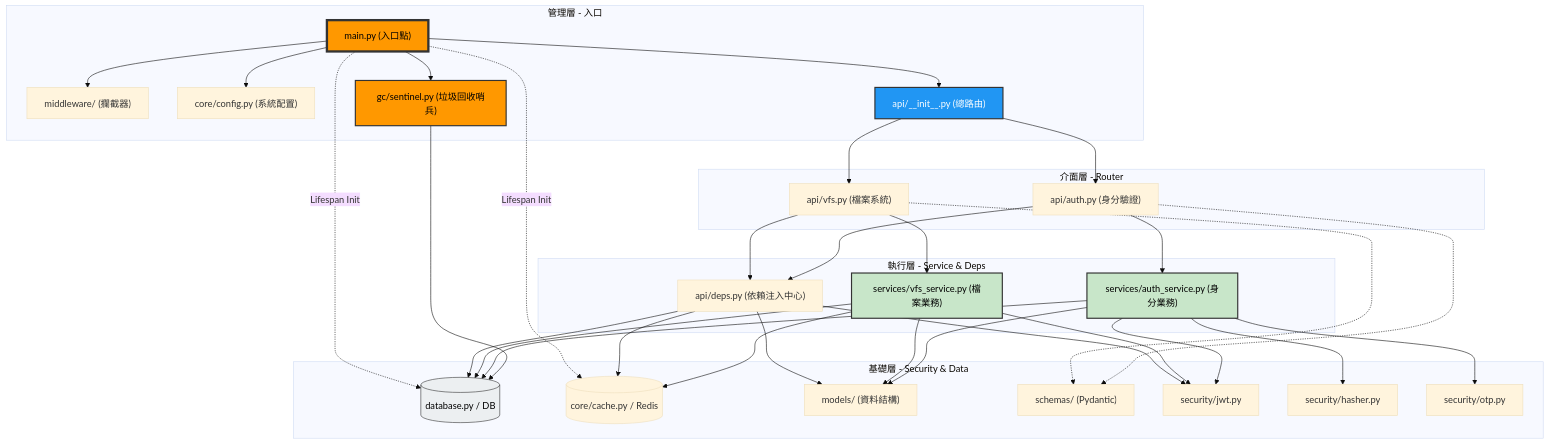
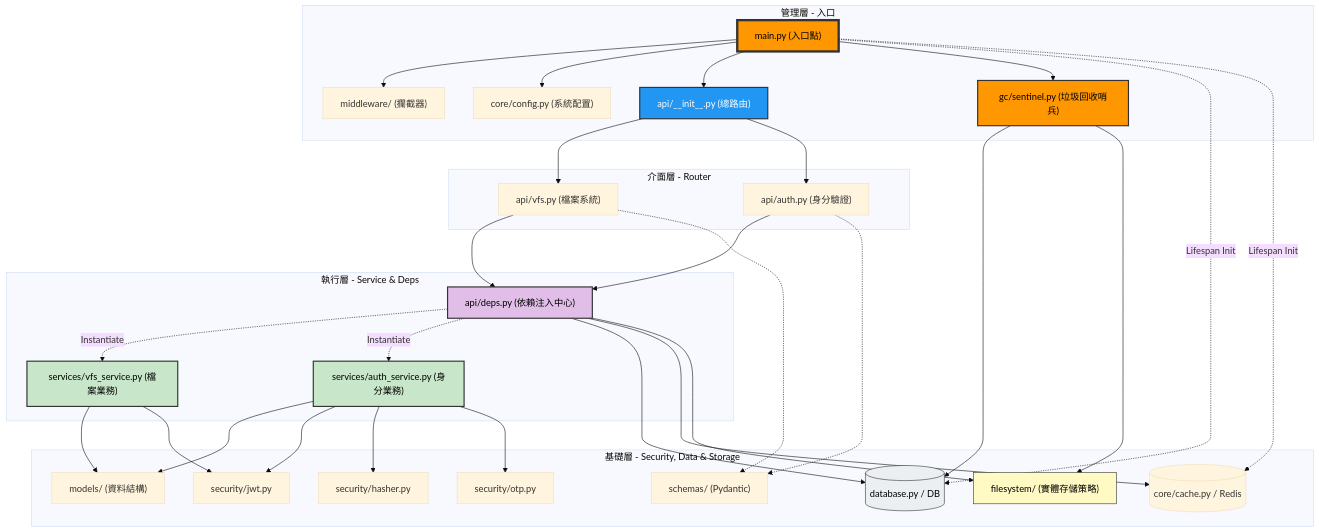
The diagram in dev/architecture/system_structure.md (Salt-Shio/FileBrowser), drawn with Mermaid (base theme) before and after one commit. The commit also changed 9 other files, not shown here.

````diff
--- a/dev/architecture/system_structure.md
+++ b/dev/architecture/system_structure.md
@@ -5,80 +5,80 @@
 ```mermaid
 graph TD
     subgraph Layer_1 [管理層 - 入口]
         MAIN["main.py (入口點)"]
         MIDDLEWARE["middleware/ (攔截器)"]
         CORE["core/config.py (系統配置)"]
         API_INIT["api/__init__.py (總路由)"]
         GC_SENTINEL["gc/sentinel.py (垃圾回收哨兵)"]
     end
 
     subgraph Layer_2 [介面層 - Router]
         VFS_API["api/vfs.py (檔案系統)"]
         AUTH_API["api/auth.py (身分驗證)"]
     end
 
     subgraph Layer_3 [執行層 - Service & Deps]
         DEPS["api/deps.py (依賴注入中心)"]
         VFS_SVC["services/vfs_service.py (檔案業務)"]
         AUTH_SVC["services/auth_service.py (身分業務)"]
     end
 
-    subgraph Layer_4 [基礎層 - Security & Data]
+    subgraph Layer_4 [基礎層 - Security, Data & Storage]
         DB[("database.py / DB")]
         REDIS[("core/cache.py / Redis")]
+        FILESYSTEM["filesystem/ (實體存儲策略)"]
         MODELS["models/ (資料結構)"]
         SCHEMAS["schemas/ (Pydantic)"]
         JWT["security/jwt.py"]
         HASHER["security/hasher.py"]
         OTP["security/otp.py"]
     end
 
     %% 調用關係
     MAIN --> MIDDLEWARE
     MAIN --> CORE
     MAIN --> API_INIT
     MAIN --> GC_SENTINEL
     MAIN -.->|Lifespan Init| DB
     MAIN -.->|Lifespan Init| REDIS
 
     API_INIT --> VFS_API
     API_INIT --> AUTH_API
 
-    %% 業務與依賴
+    %% 業務與依賴 (DI 注入流程)
     VFS_API --> DEPS
-    VFS_API --> VFS_SVC
     AUTH_API --> DEPS
-    AUTH_API --> AUTH_SVC
+    DEPS -.->|Instantiate| VFS_SVC
+    DEPS -.->|Instantiate| AUTH_SVC
 
-    %% 執行層調用基礎層 (排列解開交錯)
+    %% 執行層調用基礎層 (由 DEPS 組裝注入)
     DEPS --> DB
     DEPS --> REDIS
-    DEPS --> MODELS
-    DEPS --> JWT
+    DEPS --> FILESYSTEM
 
-    VFS_SVC --> DB
-    VFS_SVC --> REDIS
     VFS_SVC --> MODELS
     VFS_SVC --> JWT
 
-    AUTH_SVC --> DB
     AUTH_SVC --> MODELS
     AUTH_SVC --> JWT
     AUTH_SVC --> HASHER
     AUTH_SVC --> OTP
 
     %% 背景 GC 哨兵調用
     GC_SENTINEL --> DB
+    GC_SENTINEL --> FILESYSTEM
 
     %% Schema 調用
     VFS_API -.-> SCHEMAS
     AUTH_API -.-> SCHEMAS
 
     %% 樣式美化
     style MAIN fill:#FF9800,stroke:#333,stroke-width:4px,color:#000
     style GC_SENTINEL fill:#FF9800,stroke:#333,stroke-width:2px,color:#000
     style API_INIT fill:#2196F3,stroke:#333,stroke-width:2px,color:#fff
+    style DEPS fill:#E1BEE7,stroke:#333,stroke-width:2px,color:#000
     style AUTH_SVC fill:#C8E6C9,stroke:#333,stroke-width:2px,color:#000
     style VFS_SVC fill:#C8E6C9,stroke:#333,stroke-width:2px,color:#000
     style DB fill:#ECEFF1,stroke:#333,color:#000
+    style FILESYSTEM fill:#FFF9C4,stroke:#333,color:#000
 ```
````
